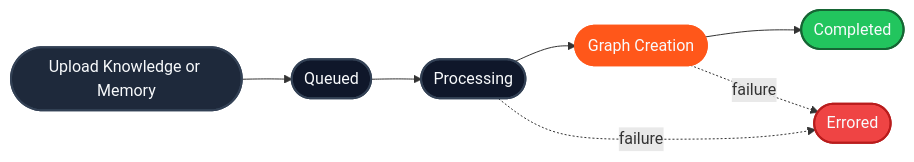
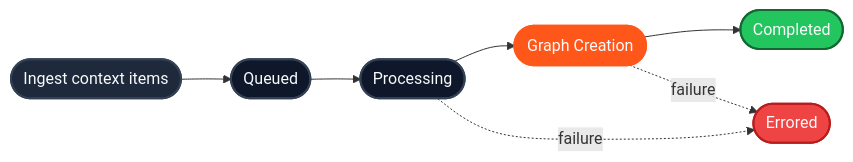
Before and after one commit to hydra-db/mintlify-docs: the second of 2 diagrams in essentials/v2/architecture.mdx, drawn with Mermaid. The commit also changed other lines of this file and 115 other files, not shown here.

````diff
--- a/essentials/v2/architecture.mdx
+++ b/essentials/v2/architecture.mdx
@@ -95,23 +91,23 @@
 ```mermaid
 flowchart LR
-  Upload([Upload Knowledge or Memory])
+  Upload([Ingest context items])
   Queued([Queued])
   Processing([Processing])
   Graph([Graph Creation])
   Completed([Completed])
   Errored([Errored])
 
   Upload --> Queued
   Queued --> Processing
   Processing --> Graph
   Graph --> Completed
   Processing -.failure.-> Errored
   Graph -.failure.-> Errored
 
   style Upload fill:#1e293b,stroke:#334155,stroke-width:2px,color:#f8fafc,stroke-linecap:round
   style Queued fill:#0f172a,stroke:#334155,stroke-width:2px,color:#f8fafc,stroke-linecap:round
   style Processing fill:#0f172a,stroke:#334155,stroke-width:2px,color:#f8fafc,stroke-linecap:round
   style Graph fill:#FF571A,stroke:#FF571A,stroke-width:2.5px,color:#f8fafc,stroke-linecap:round
   style Completed fill:#22c55e,stroke:#166534,stroke-width:2px,color:#f8fafc,stroke-linecap:round
   style Errored fill:#ef4444,stroke:#b91c1c,stroke-width:2px,color:#f8fafc,stroke-linecap:round
 ```
````
